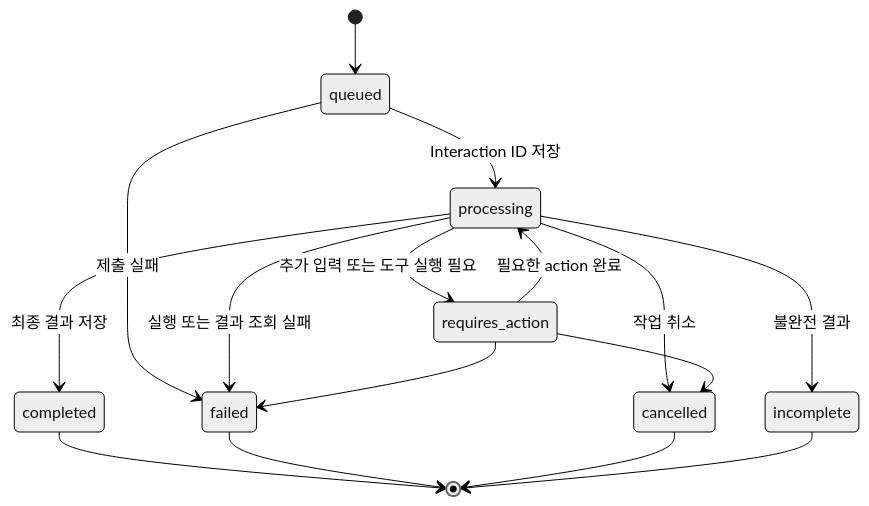
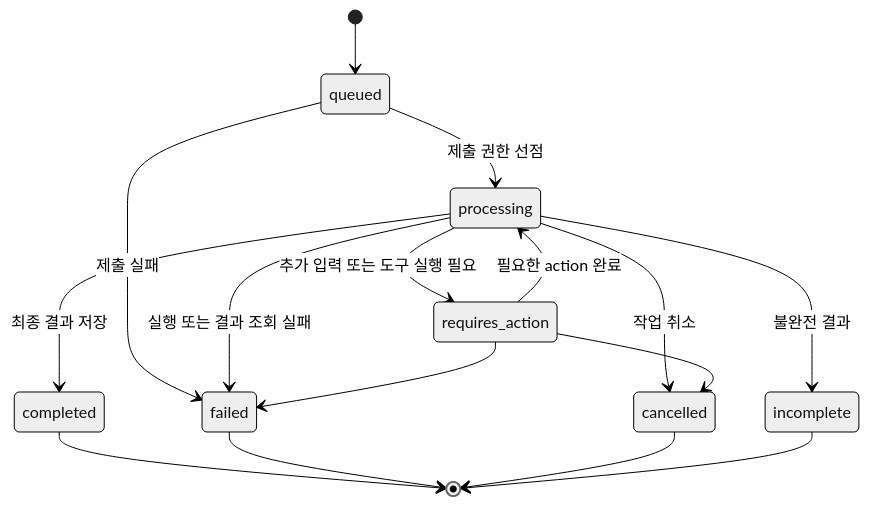
One commit to leejss/chaek changed the second of 3 diagrams in docs/database-schema.md. Above: the diagram before and after it, drawn with Mermaid (neutral theme). The commit also changed other lines of this file and 54 other files, not shown here.

````diff
--- a/docs/database-schema.md
+++ b/docs/database-schema.md
@@ -354,18 +367,18 @@
 ```mermaid
 stateDiagram-v2
     [*] --> queued
-    queued --> processing: Interaction ID 저장
+    queued --> processing: 제출 권한 선점
     queued --> failed: 제출 실패
     processing --> requires_action: 추가 입력 또는 도구 실행 필요
     requires_action --> processing: 필요한 action 완료
     processing --> completed: 최종 결과 저장
     processing --> failed: 실행 또는 결과 조회 실패
     processing --> cancelled: 작업 취소
     processing --> incomplete: 불완전 결과
     requires_action --> failed
     requires_action --> cancelled
     completed --> [*]
     failed --> [*]
     cancelled --> [*]
     incomplete --> [*]
 ```
````
